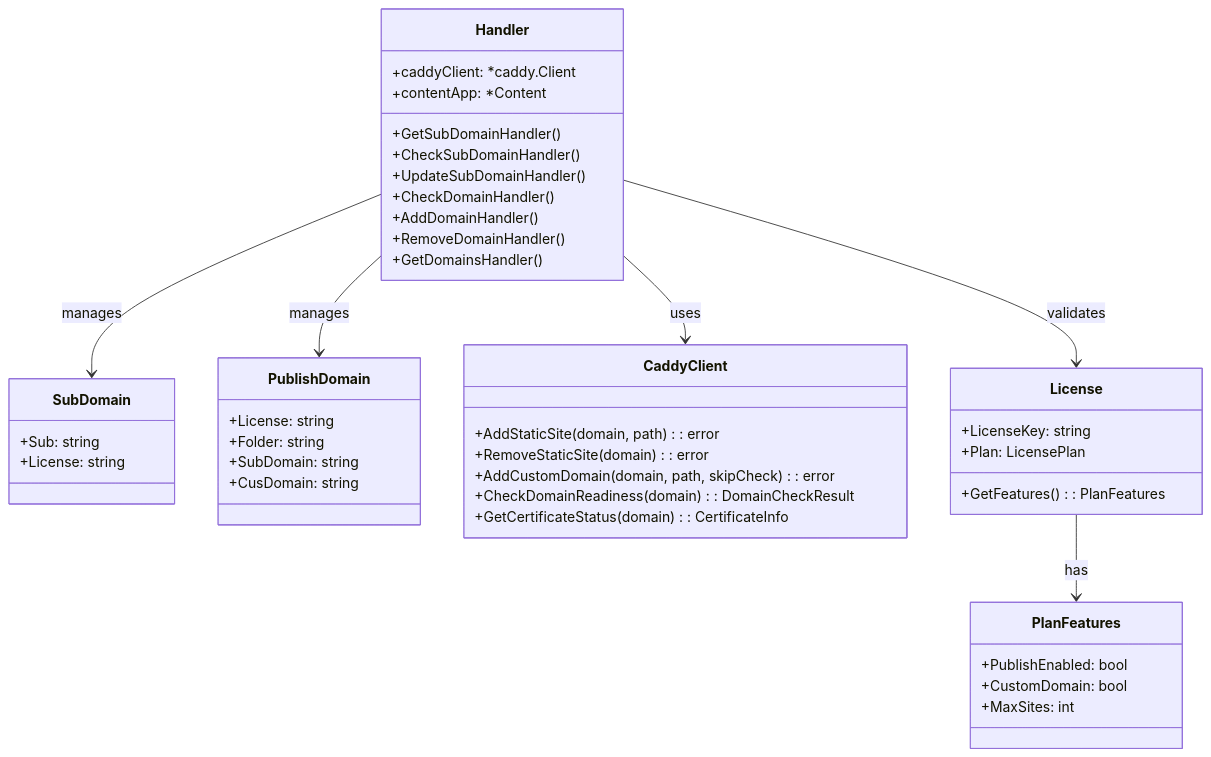
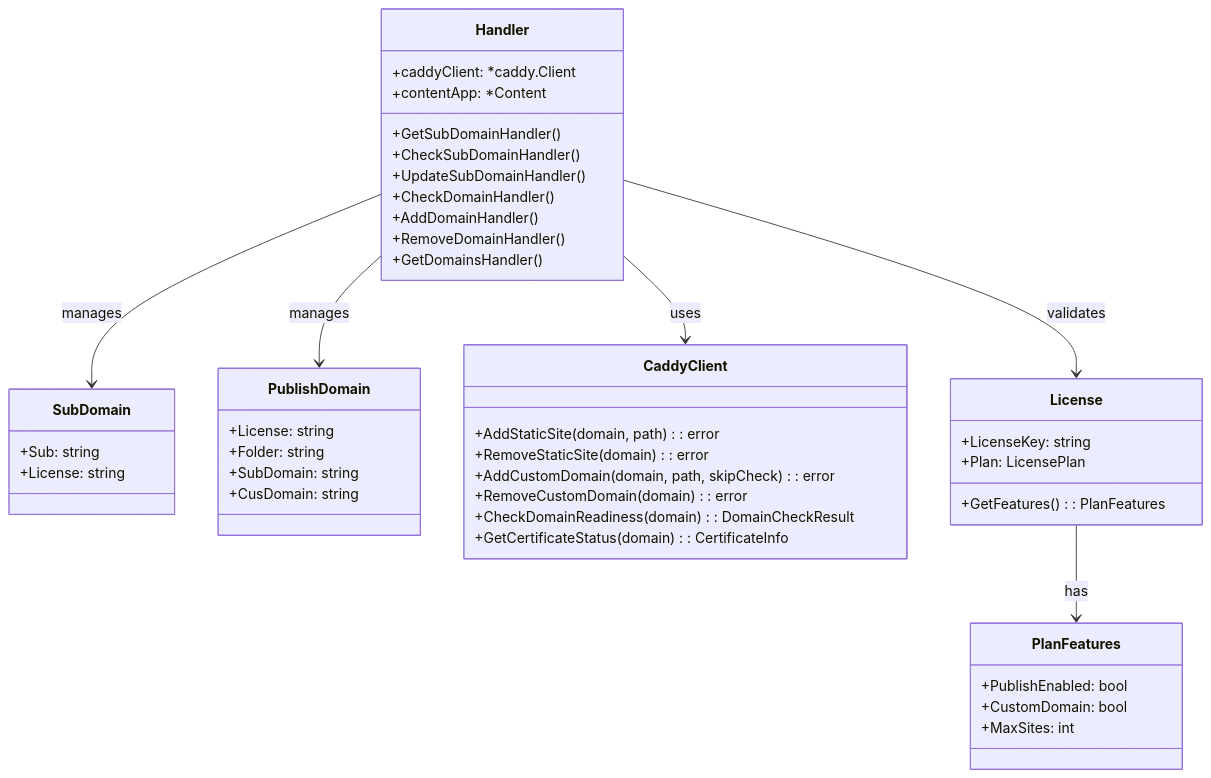
The diagram in .mdfriday/api-domain-management-impl.md (mdfriday/hugoverse), drawn with Mermaid before and after one commit. The commit also changed other lines of this file and 5 other files, not shown here.

````diff
--- a/.mdfriday/api-domain-management-impl.md
+++ b/.mdfriday/api-domain-management-impl.md
@@ -568,54 +588,55 @@
 ```mermaid
 classDiagram
 direction TB
 
 class Handler {
     +caddyClient: *caddy.Client
     +contentApp: *Content
     +GetSubDomainHandler()
     +CheckSubDomainHandler()
     +UpdateSubDomainHandler()
     +CheckDomainHandler()
     +AddDomainHandler()
     +RemoveDomainHandler()
     +GetDomainsHandler()
 }
 
 class SubDomain {
     +Sub: string
     +License: string
 }
 
 class PublishDomain {
     +License: string
     +Folder: string
     +SubDomain: string
     +CusDomain: string
 }
 
 class CaddyClient {
     +AddStaticSite(domain, path): error
     +RemoveStaticSite(domain): error
     +AddCustomDomain(domain, path, skipCheck): error
+    +RemoveCustomDomain(domain): error
     +CheckDomainReadiness(domain): DomainCheckResult
     +GetCertificateStatus(domain): CertificateInfo
 }
 
 class License {
     +LicenseKey: string
     +Plan: LicensePlan
     +GetFeatures(): PlanFeatures
 }
 
 class PlanFeatures {
     +PublishEnabled: bool
     +CustomDomain: bool
     +MaxSites: int
 }
 
 Handler --> CaddyClient : uses
 Handler --> SubDomain : manages
 Handler --> PublishDomain : manages
 Handler --> License : validates
 License --> PlanFeatures : has
 ```
````
